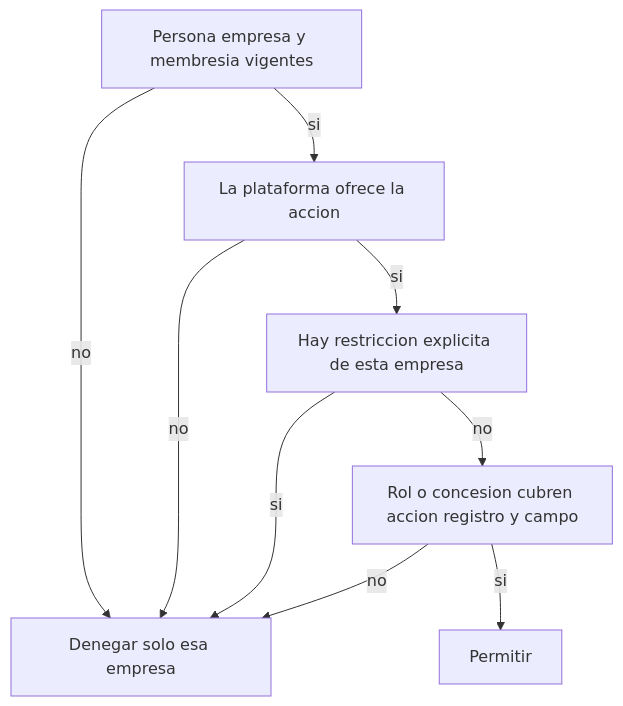
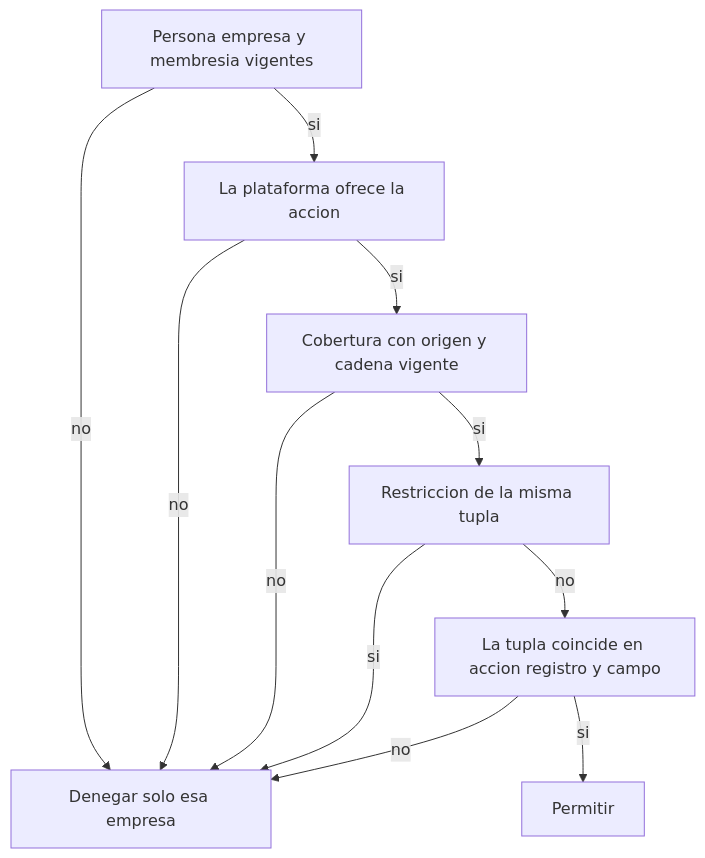
One commit to mariamayorcruz/Nexora changed the diagram in docs/point-8-step-02-company-access-contract.md. Above: the diagram before and after it, drawn with Mermaid. The commit also changed other lines of this file, not shown here.

````diff
--- a/docs/point-8-step-02-company-access-contract.md
+++ b/docs/point-8-step-02-company-access-contract.md
@@ -227,11 +289,13 @@
 ```mermaid
 flowchart TD
   A[Persona empresa y membresia vigentes] -->|no| D[Denegar solo esa empresa]
   A -->|si| P[La plataforma ofrece la accion]
   P -->|no| D
-  P -->|si| R[Hay restriccion explicita de esta empresa]
+  P -->|si| O[Cobertura con origen y cadena vigente]
+  O -->|no| D
+  O -->|si| R[Restriccion de la misma tupla]
   R -->|si| D
-  R -->|no| C[Rol o concesion cubren accion registro y campo]
+  R -->|no| C[La tupla coincide en accion registro y campo]
   C -->|no| D
   C -->|si| OK[Permitir]
 ```
````
